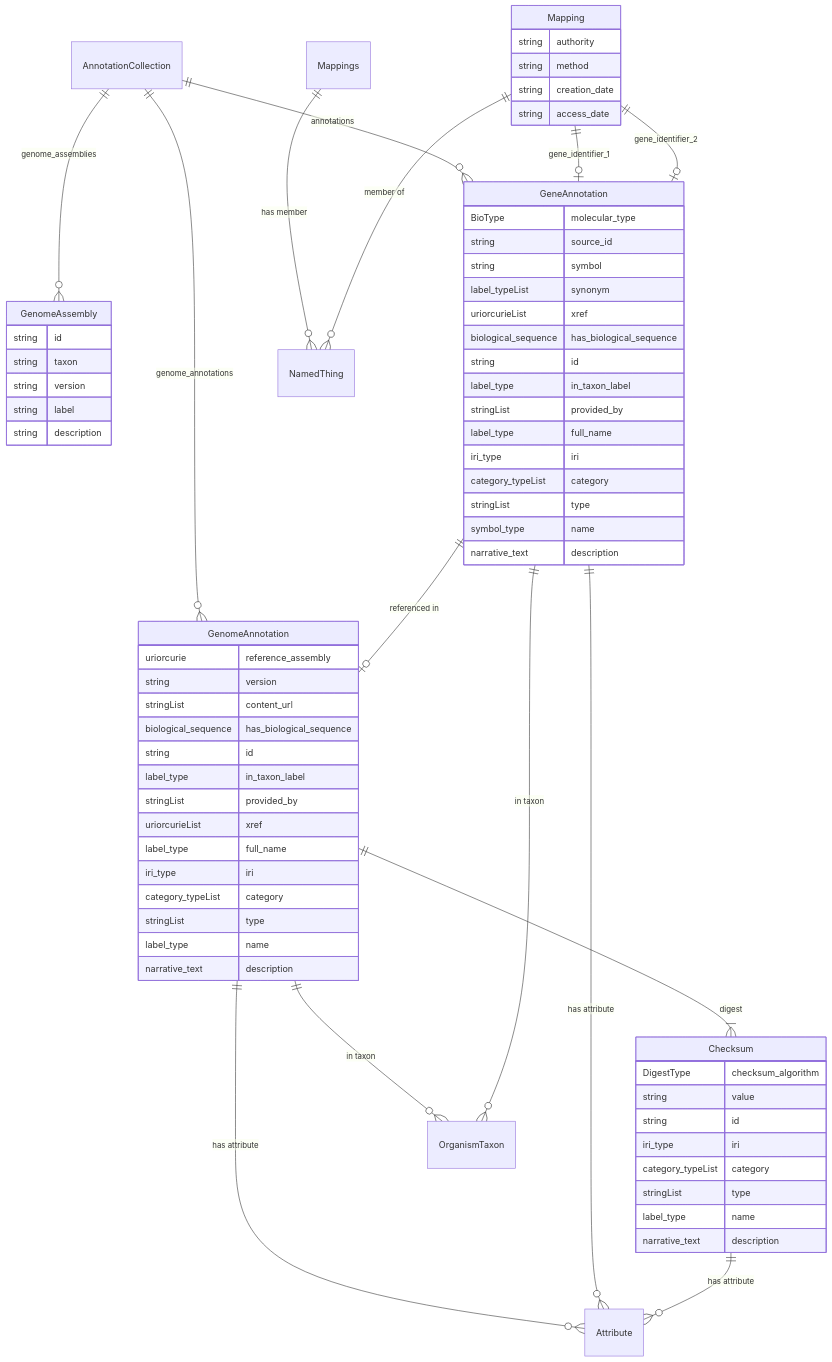
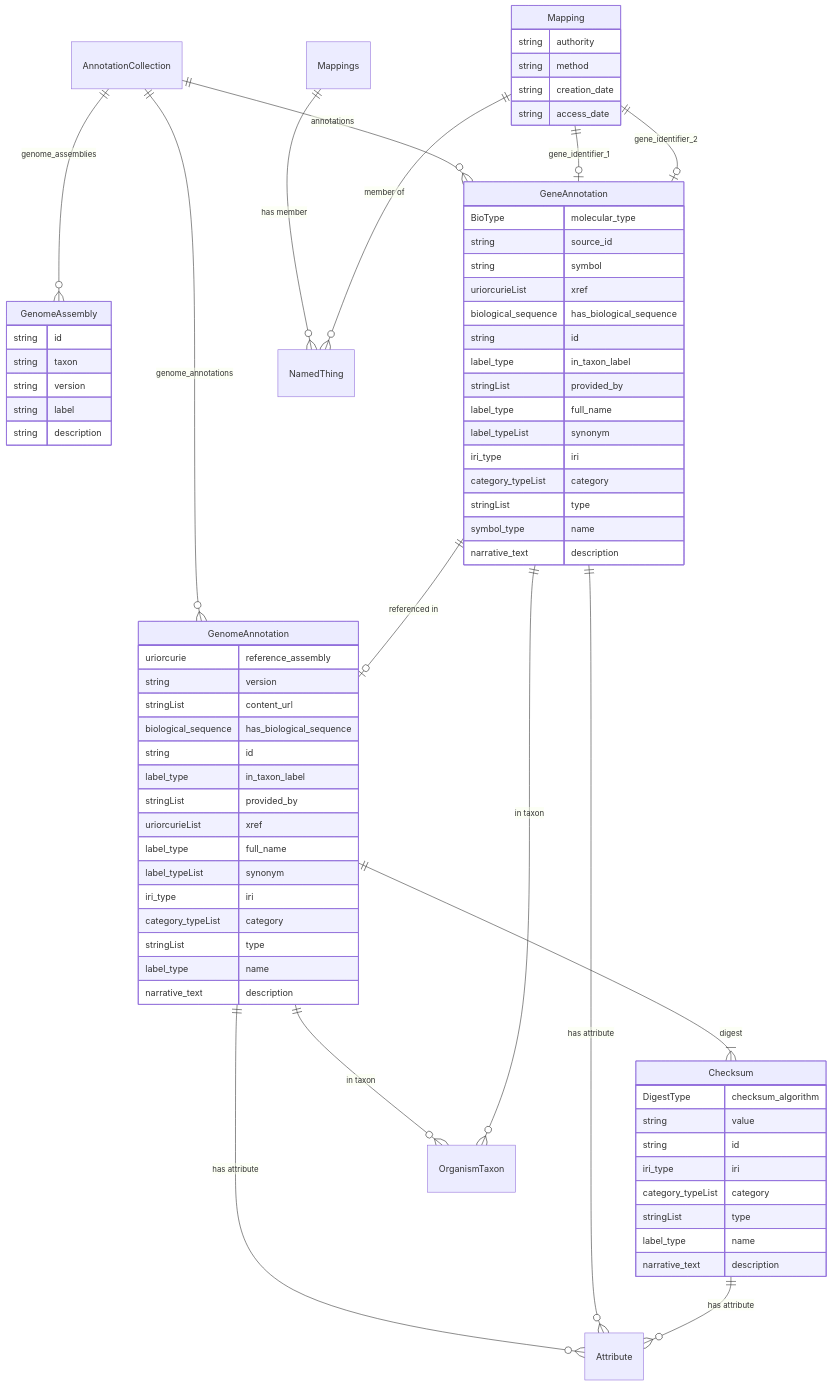
The diagram in erdiagram-autogen/kbmodel.md (brain-bican/models), drawn with Mermaid before and after one commit. The commit also changed 3 other files, not shown here.

````diff
--- a/erdiagram-autogen/kbmodel.md
+++ b/erdiagram-autogen/kbmodel.md
@@ -1,81 +1,82 @@
 ```mermaid
 erDiagram
 AnnotationCollection {
 
 }
 GenomeAssembly {
     string id  
     string taxon  
     string version  
     string label  
     string description  
 }
 GenomeAnnotation {
     uriorcurie reference_assembly  
     string version  
     stringList content_url  
     biological_sequence has_biological_sequence  
     string id  
     label_type in_taxon_label  
     stringList provided_by  
     uriorcurieList xref  
     label_type full_name  
+    label_typeList synonym  
     iri_type iri  
     category_typeList category  
     stringList type  
     label_type name  
     narrative_text description  
 }
 GeneAnnotation {
     BioType molecular_type  
     string source_id  
     string symbol  
-    label_typeList synonym  
     uriorcurieList xref  
     biological_sequence has_biological_sequence  
     string id  
     label_type in_taxon_label  
     stringList provided_by  
     label_type full_name  
+    label_typeList synonym  
     iri_type iri  
     category_typeList category  
     stringList type  
     symbol_type name  
     narrative_text description  
 }
 Mappings {
 
 }
 Mapping {
     string authority  
     string method  
     string creation_date  
     string access_date  
 }
 Checksum {
     DigestType checksum_algorithm  
     string value  
     string id  
     iri_type iri  
     category_typeList category  
     stringList type  
     label_type name  
     narrative_text description  
 }
 
 AnnotationCollection ||--}o GeneAnnotation : "annotations"
 AnnotationCollection ||--}o GenomeAnnotation : "genome_annotations"
 AnnotationCollection ||--}o GenomeAssembly : "genome_assemblies"
 GenomeAnnotation ||--}| Checksum : "digest"
 GenomeAnnotation ||--}o OrganismTaxon : "in taxon"
 GenomeAnnotation ||--}o Attribute : "has attribute"
 GeneAnnotation ||--|o GenomeAnnotation : "referenced in"
 GeneAnnotation ||--}o OrganismTaxon : "in taxon"
 GeneAnnotation ||--}o Attribute : "has attribute"
 Mappings ||--}o NamedThing : "has member"
 Mapping ||--|o GeneAnnotation : "gene_identifier_1"
 Mapping ||--|o GeneAnnotation : "gene_identifier_2"
 Mapping ||--}o NamedThing : "member of"
 Checksum ||--}o Attribute : "has attribute"
 
 ```
````
